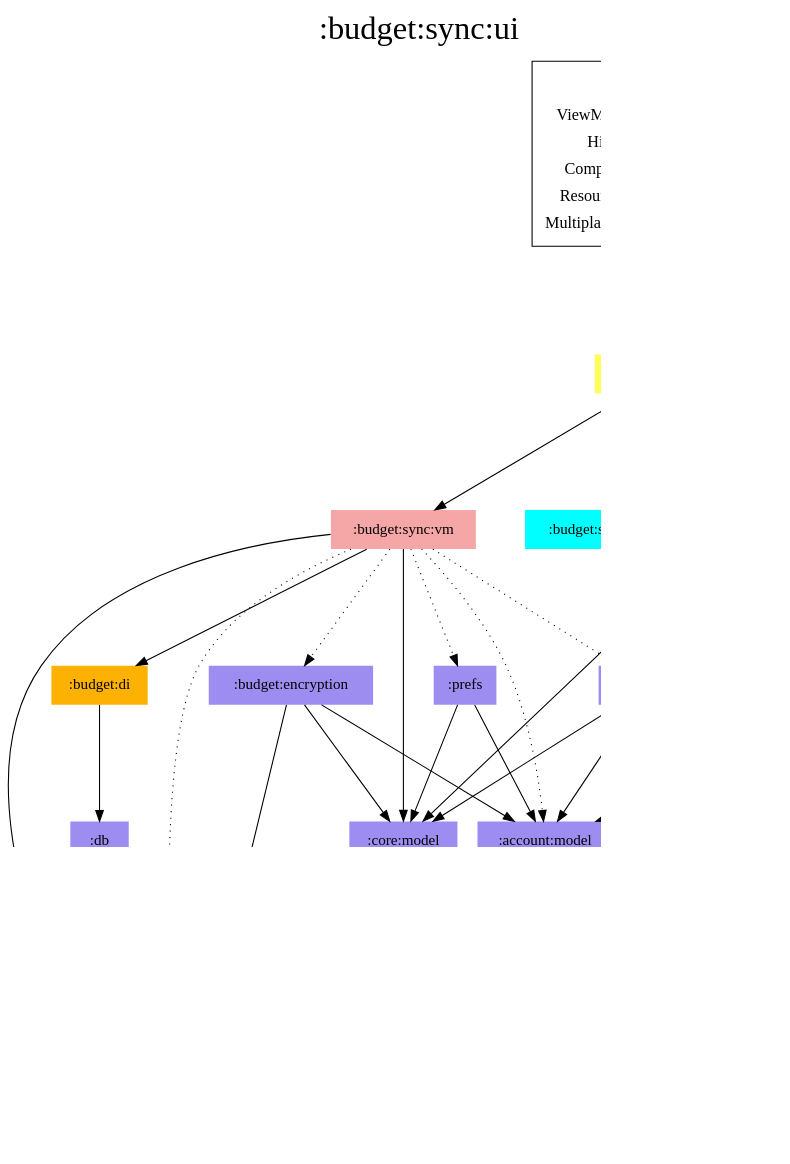
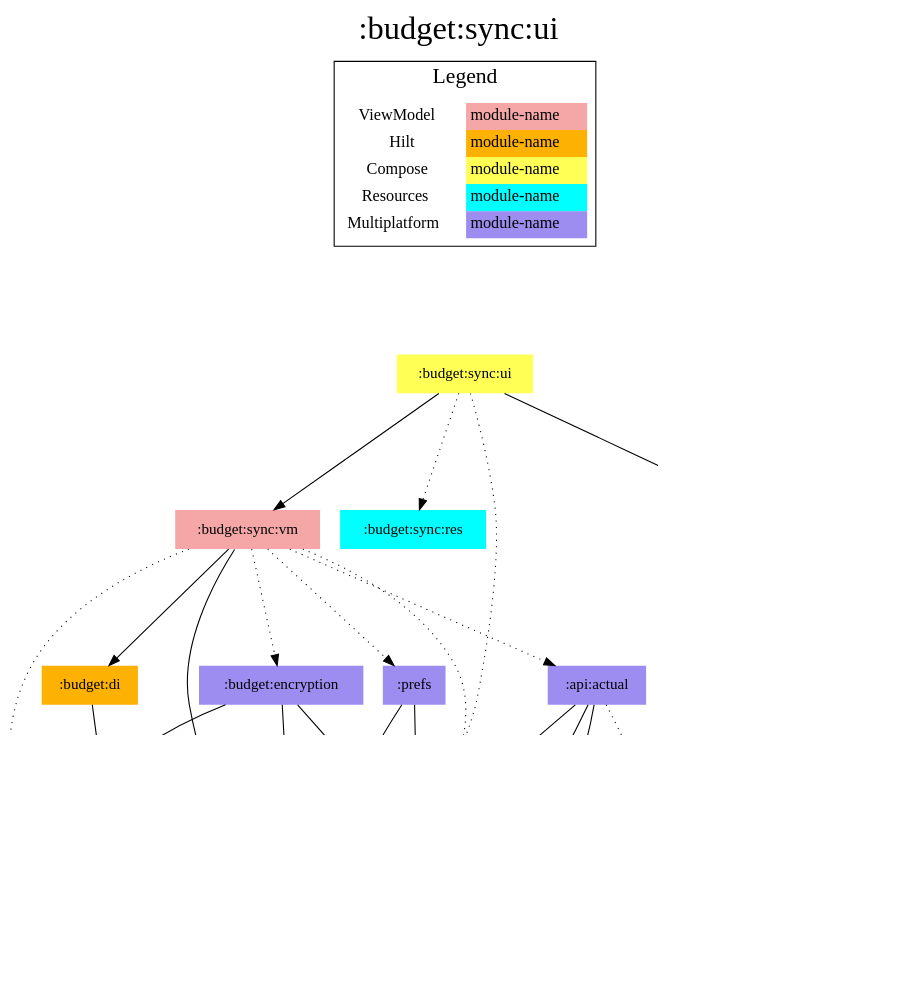
Before and after one commit to jonapoul/aktual: the diagram in modules/budget/sync/ui/modules.dot, drawn with Graphviz. The commit also changed 51 other files, not shown here.

```diff
--- a/modules/budget/sync/ui/modules.dot
+++ b/modules/budget/sync/ui/modules.dot
@@ -1,64 +1,61 @@
 digraph {
 edge ["dir"="forward"]
 graph ["dpi"="100","label"=":budget:sync:ui","labelloc"="t","fontsize"="30","ranksep"="1.5","rankdir"="TB"]
 node ["style"="filled"]
 ":account:model" ["fillcolor"="#9D8DF1","shape"="none"]
 ":api:actual" ["fillcolor"="#9D8DF1","shape"="none"]
 ":budget:di" ["fillcolor"="#FCB103","shape"="none"]
 ":budget:encryption" ["fillcolor"="#9D8DF1","shape"="none"]
 ":budget:model" ["fillcolor"="#9D8DF1","shape"="none"]
 ":budget:sync:res" ["fillcolor"="#00FFFF","shape"="none"]
 ":budget:sync:ui" ["fillcolor"="#FFFF55","shape"="none"]
 ":budget:sync:vm" ["fillcolor"="#F5A6A6","shape"="none"]
 ":codegen:annotation" ["fillcolor"="#9D8DF1","shape"="none"]
-":core:files" ["fillcolor"="#9D8DF1","shape"="none"]
 ":core:model" ["fillcolor"="#9D8DF1","shape"="none"]
 ":core:res" ["fillcolor"="#00FFFF","shape"="none"]
 ":core:ui" ["fillcolor"="#FFFF55","shape"="none"]
 ":db" ["fillcolor"="#9D8DF1","shape"="none"]
 ":prefs" ["fillcolor"="#9D8DF1","shape"="none"]
 {
 edge ["dir"="none"]
 graph ["rank"="same"]
 }
 ":api:actual" -> ":account:model"
 ":api:actual" -> ":budget:model"
 ":api:actual" -> ":codegen:annotation" ["style"="dotted"]
 ":api:actual" -> ":core:model"
 ":budget:di" -> ":db"
 ":budget:encryption" -> ":account:model"
 ":budget:encryption" -> ":budget:model"
 ":budget:encryption" -> ":core:model"
 ":budget:sync:ui" -> ":account:model" ["style"="dotted"]
 ":budget:sync:ui" -> ":budget:sync:res" ["style"="dotted"]
 ":budget:sync:ui" -> ":budget:sync:vm"
 ":budget:sync:ui" -> ":core:ui"
 ":budget:sync:vm" -> ":account:model" ["style"="dotted"]
 ":budget:sync:vm" -> ":api:actual" ["style"="dotted"]
 ":budget:sync:vm" -> ":budget:di"
 ":budget:sync:vm" -> ":budget:encryption" ["style"="dotted"]
 ":budget:sync:vm" -> ":budget:model" ["style"="dotted"]
-":budget:sync:vm" -> ":core:files"
 ":budget:sync:vm" -> ":core:model"
 ":budget:sync:vm" -> ":prefs" ["style"="dotted"]
-":core:files" -> ":budget:model"
 ":core:ui" -> ":core:model"
 ":core:ui" -> ":core:res" ["style"="dotted"]
 ":db" -> ":budget:model"
-":db" -> ":core:files"
+":db" -> ":core:model"
 ":prefs" -> ":account:model"
 ":prefs" -> ":core:model"
 subgraph "cluster_legend" {
 edge ["dir"="none"]
 graph ["label"="Legend","fontsize"="20"]
 "Legend" ["style"="filled","fillcolor"="#FFFFFF","shape"="none","margin"="0","fontsize"="15","label"=<
 <TABLE BORDER="0" CELLBORDER="0" CELLSPACING="0" CELLPADDING="4">
 <TR><TD>ViewModel</TD><TD BGCOLOR="#F5A6A6">module-name</TD></TR>
 <TR><TD>Hilt</TD><TD BGCOLOR="#FCB103">module-name</TD></TR>
 <TR><TD>Compose</TD><TD BGCOLOR="#FFFF55">module-name</TD></TR>
 <TR><TD>Resources</TD><TD BGCOLOR="#00FFFF">module-name</TD></TR>
 <TR><TD>Multiplatform</TD><TD BGCOLOR="#9D8DF1">module-name</TD></TR>
 </TABLE>
 >]
 } -> ":budget:sync:ui" ["style"="invis"]
 }
```
